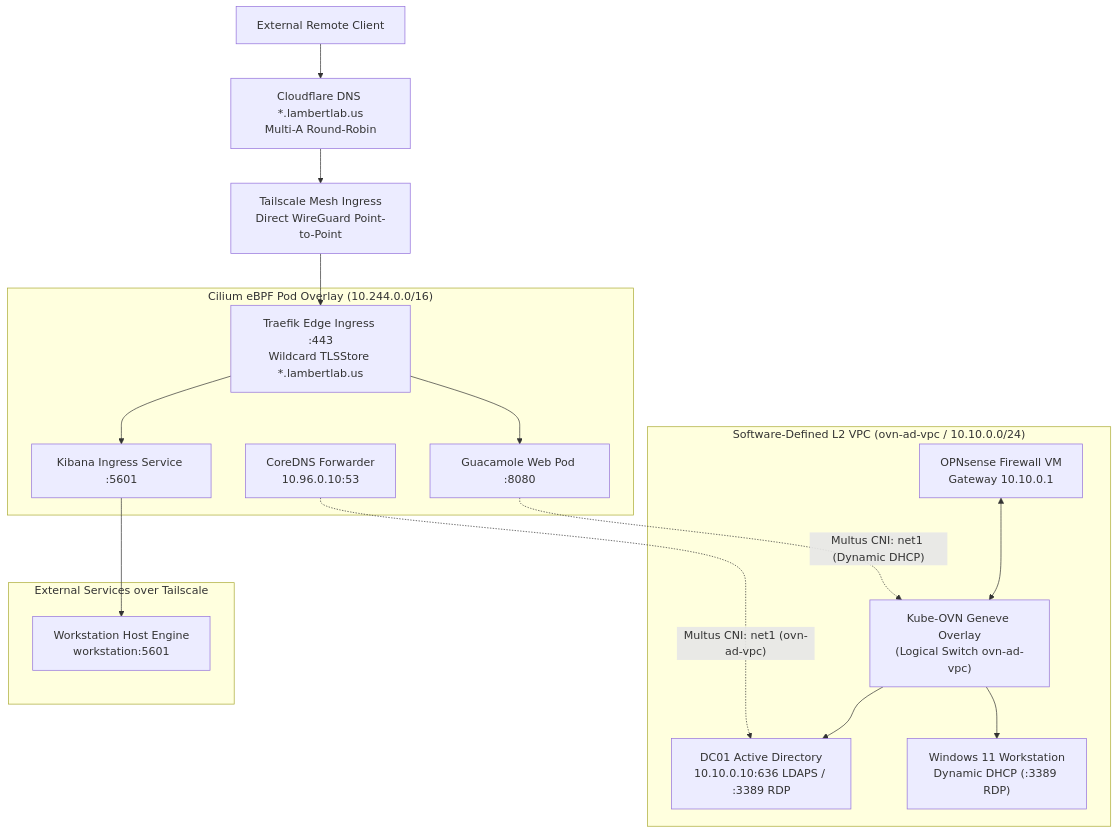
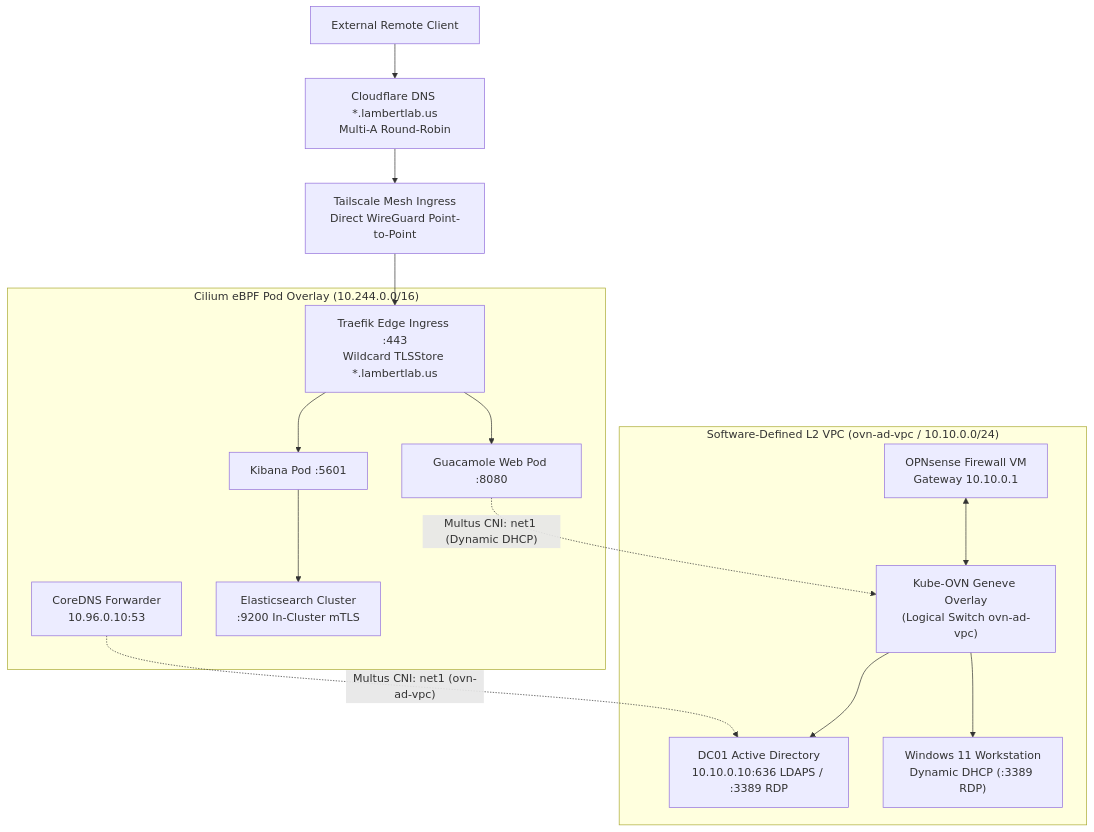
The first of 3 diagrams in docs/architecture/networking.md (ChrisLambert03/homelab), drawn with Mermaid before and after one commit. The commit also changed other lines of this file and 14 other files, not shown here.

````diff
--- a/docs/architecture/networking.md
+++ b/docs/architecture/networking.md
@@ -9,25 +9,22 @@
 ```mermaid
 graph TD
     Client["External Remote Client"] --> CF["Cloudflare DNS *.lambertlab.us<br/>Multi-A Round-Robin"]
     CF --> TS["Tailscale Mesh Ingress<br/>Direct WireGuard Point-to-Point"]
     TS --> Traefik["Traefik Edge Ingress :443<br/>Wildcard TLSStore *.lambertlab.us"]
     
     subgraph Cilium["Cilium eBPF Pod Overlay (10.244.0.0/16)"]
         Traefik --> GuacPod["Guacamole Web Pod :8080"]
-        Traefik --> KibanaPod["Kibana Ingress Service :5601"]
+        Traefik --> KibanaPod["Kibana Pod :5601"]
         CoreDNS["CoreDNS Forwarder<br/>10.96.0.10:53"]
+        KibanaPod --> Elasticsearch["Elasticsearch Cluster<br/>:9200 In-Cluster mTLS"]
     end
     
     subgraph OVN["Software-Defined L2 VPC (ovn-ad-vpc / 10.10.0.0/24)"]
         OVNSwitch["Kube-OVN Geneve Overlay<br/>(Logical Switch ovn-ad-vpc)"]
         OPNsense["OPNsense Firewall VM<br/>Gateway 10.10.0.1"] <--> OVNSwitch
         GuacPod -.->|"Multus CNI: net1 (Dynamic DHCP)"| OVNSwitch
         OVNSwitch --> DC01["DC01 Active Directory<br/>10.10.0.10:636 LDAPS / :3389 RDP"]
         OVNSwitch --> Win11["Windows 11 Workstation<br/>Dynamic DHCP (:3389 RDP)"]
         CoreDNS -.->|"Multus CNI: net1 (ovn-ad-vpc)"| DC01
     end
-
-    subgraph External["External Services over Tailscale"]
-        KibanaPod --> WorkstationNode["Workstation Host Engine<br/>workstation:5601"]
-    end
 ```
````
